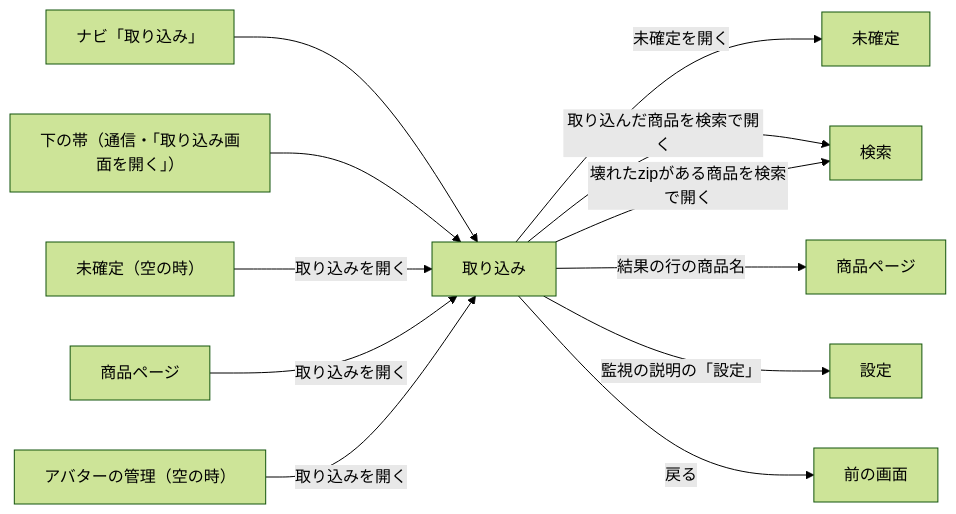
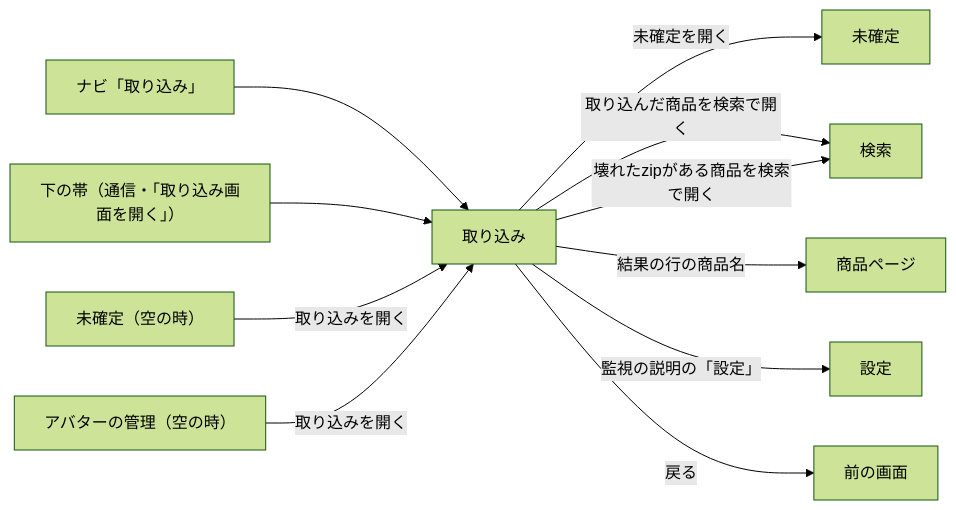
The diagram in docs/dev/ui-paths/import.md (kumo-mayu/chmonos), drawn with Mermaid (forest theme) before and after one commit. The commit also changed other lines of this file and 16 other files, not shown here.

````diff
--- a/docs/dev/ui-paths/import.md
+++ b/docs/dev/ui-paths/import.md
@@ -70,14 +70,13 @@
 ```mermaid
 flowchart LR
   Nav[ナビ「取り込み」] --> Imp[取り込み]
   Band[下の帯（通信・「取り込み画面を開く」）] --> Imp
   Res0[未確定（空の時）] -- 取り込みを開く --> Imp
-  ItemP[商品ページ] -- 取り込みを開く --> Imp
   Av[アバターの管理（空の時）] -- 取り込みを開く --> Imp
   Imp -- 未確定を開く --> Res[未確定]
   Imp -- 取り込んだ商品を検索で開く --> Search[検索]
   Imp -- 壊れたzipがある商品を検索で開く --> Search
   Imp -- 結果の行の商品名 --> Item[商品ページ]
   Imp -- 監視の説明の「設定」 --> Set[設定]
   Imp -- 戻る --> Prev[前の画面]
 ```
````
